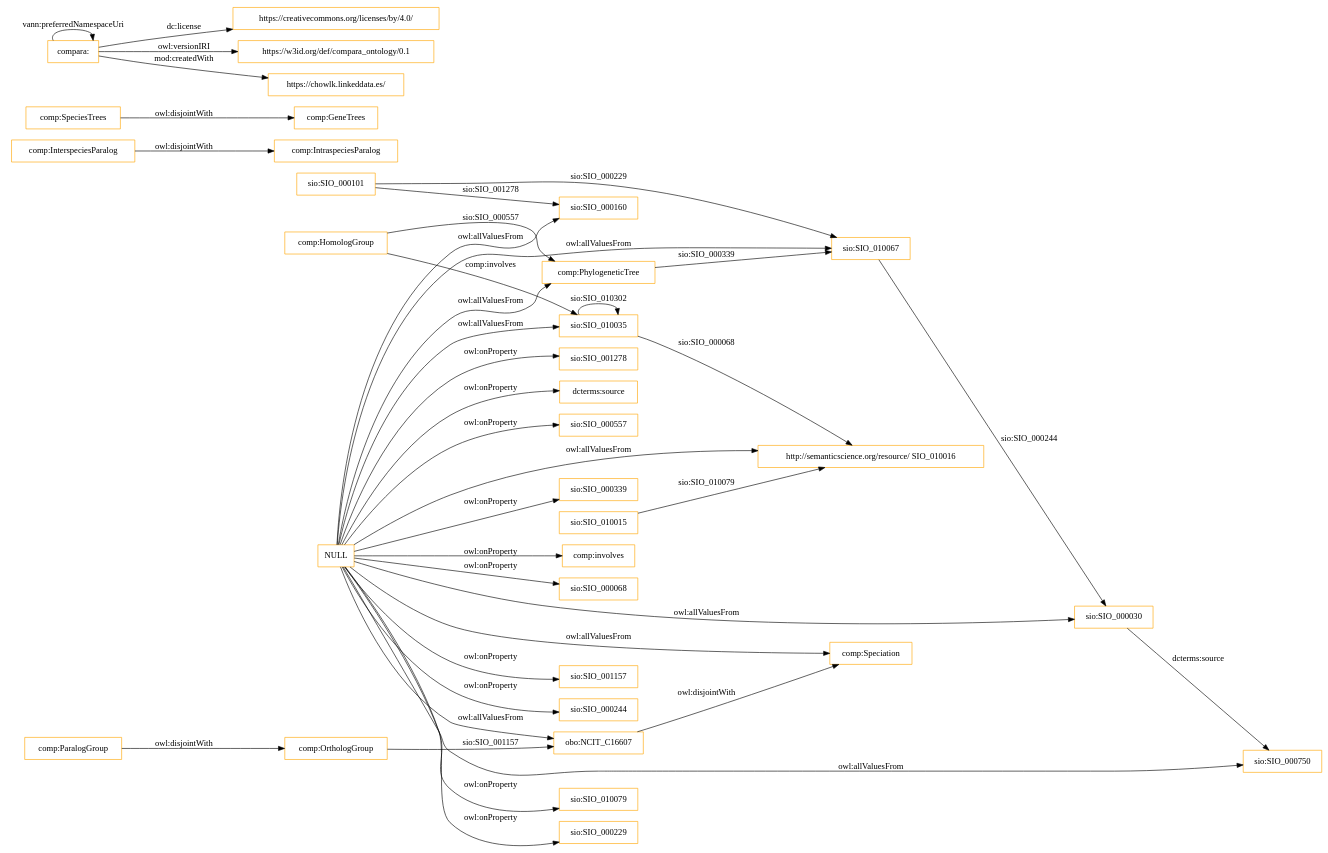
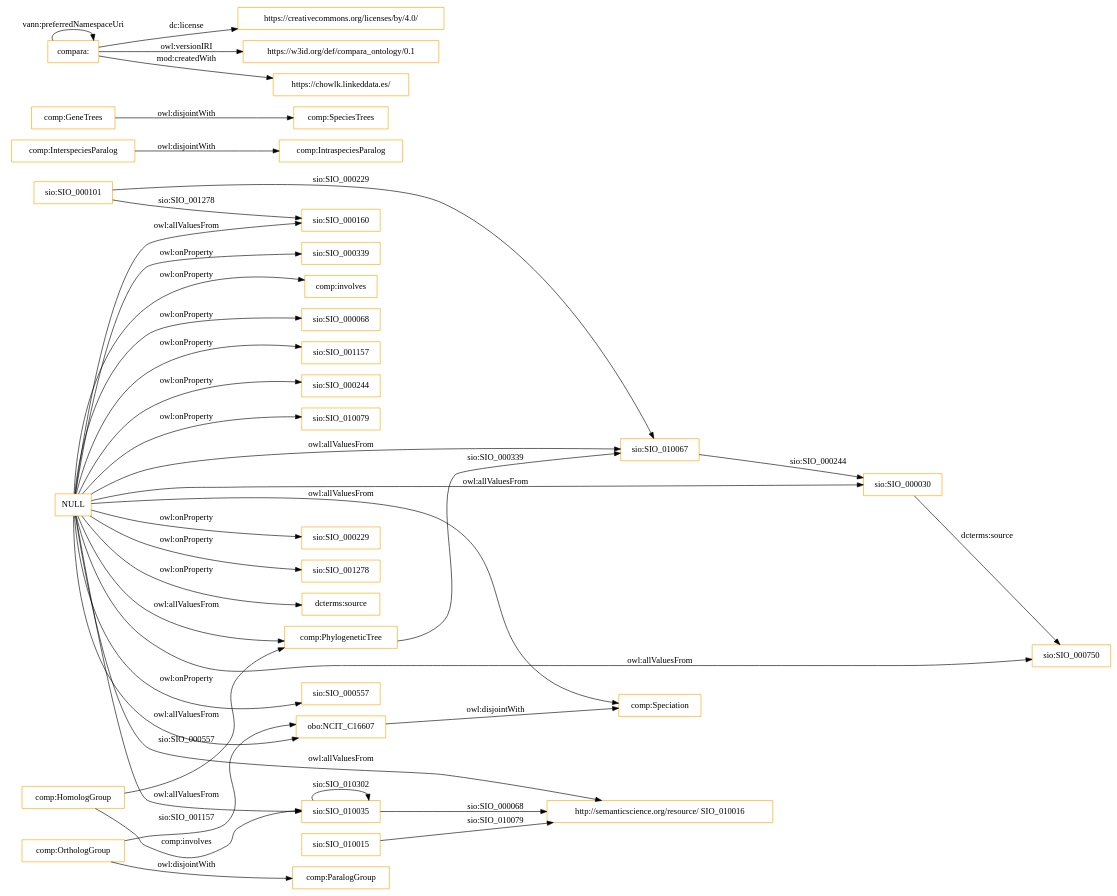
The diagram in OnToology/COMPARAontology.ttl/diagrams/ar2dtool-class/COMPARAontology.ttl.png.dot (jimenamartinreina/compara_ontology), drawn with Graphviz before and after one commit. The commit also changed 8 other files, not shown here.

```diff
--- a/OnToology/COMPARAontology.ttl/diagrams/ar2dtool-class/COMPARAontology.ttl.png.dot
+++ b/OnToology/COMPARAontology.ttl/diagrams/ar2dtool-class/COMPARAontology.ttl.png.dot
@@ -1,44 +1,44 @@
 digraph ar2dtool_diagram { 
 rankdir=LR;
 size="1501"
 node [shape = rectangle, color="orange"]; "sio:SIO_000030" "sio:SIO_010067" "comp:Speciation" "comp:IntraspeciesParalog" "comp:InterspeciesParalog" "http://semanticscience.org/resource/ SIO_010016" "sio:SIO_000160" "sio:SIO_000750" "sio:SIO_000101" "sio:SIO_010015" "comp:SpeciesTrees" "comp:GeneTrees" "obo:NCIT_C16607" "comp:ParalogGroup" "comp:OrthologGroup" "sio:SIO_010035" "comp:HomologGroup" "comp:PhylogeneticTree" ; /*classes style*/
-	"comp:ParalogGroup" -> "comp:OrthologGroup" [ label = "owl:disjointWith" ];
+	"comp:OrthologGroup" -> "comp:ParalogGroup" [ label = "owl:disjointWith" ];
 	"comp:InterspeciesParalog" -> "comp:IntraspeciesParalog" [ label = "owl:disjointWith" ];
 	"obo:NCIT_C16607" -> "comp:Speciation" [ label = "owl:disjointWith" ];
 	"compara:" -> "https://creativecommons.org/licenses/by/4.0/" [ label = "dc:license" ];
 	"compara:" -> "compara:" [ label = "vann:preferredNamespaceUri" ];
 	"compara:" -> "https://w3id.org/def/compara_ontology/0.1" [ label = "owl:versionIRI" ];
 	"compara:" -> "https://chowlk.linkeddata.es/" [ label = "mod:createdWith" ];
-	"comp:SpeciesTrees" -> "comp:GeneTrees" [ label = "owl:disjointWith" ];
+	"comp:GeneTrees" -> "comp:SpeciesTrees" [ label = "owl:disjointWith" ];
 	"NULL" -> "sio:SIO_000030" [ label = "owl:allValuesFrom" ];
 	"NULL" -> "comp:PhylogeneticTree" [ label = "owl:allValuesFrom" ];
 	"NULL" -> "sio:SIO_000750" [ label = "owl:allValuesFrom" ];
 	"NULL" -> "sio:SIO_000229" [ label = "owl:onProperty" ];
 	"NULL" -> "sio:SIO_001278" [ label = "owl:onProperty" ];
 	"NULL" -> "dcterms:source" [ label = "owl:onProperty" ];
 	"NULL" -> "http://semanticscience.org/resource/ SIO_010016" [ label = "owl:allValuesFrom" ];
 	"NULL" -> "sio:SIO_000557" [ label = "owl:onProperty" ];
 	"NULL" -> "comp:Speciation" [ label = "owl:allValuesFrom" ];
 	"NULL" -> "sio:SIO_000339" [ label = "owl:onProperty" ];
 	"NULL" -> "obo:NCIT_C16607" [ label = "owl:allValuesFrom" ];
 	"NULL" -> "sio:SIO_000160" [ label = "owl:allValuesFrom" ];
 	"NULL" -> "comp:involves" [ label = "owl:onProperty" ];
 	"NULL" -> "sio:SIO_000068" [ label = "owl:onProperty" ];
 	"NULL" -> "sio:SIO_001157" [ label = "owl:onProperty" ];
 	"NULL" -> "sio:SIO_010035" [ label = "owl:allValuesFrom" ];
 	"NULL" -> "sio:SIO_000244" [ label = "owl:onProperty" ];
 	"NULL" -> "sio:SIO_010067" [ label = "owl:allValuesFrom" ];
 	"NULL" -> "sio:SIO_010079" [ label = "owl:onProperty" ];
 	"sio:SIO_010015" -> "http://semanticscience.org/resource/ SIO_010016" [ label = "sio:SIO_010079" ];
 	"sio:SIO_010067" -> "sio:SIO_000030" [ label = "sio:SIO_000244" ];
 	"sio:SIO_010035" -> "http://semanticscience.org/resource/ SIO_010016" [ label = "sio:SIO_000068" ];
 	"sio:SIO_000030" -> "sio:SIO_000750" [ label = "dcterms:source" ];
 	"comp:HomologGroup" -> "sio:SIO_010035" [ label = "comp:involves" ];
 	"sio:SIO_000101" -> "sio:SIO_010067" [ label = "sio:SIO_000229" ];
 	"comp:OrthologGroup" -> "obo:NCIT_C16607" [ label = "sio:SIO_001157" ];
 	"comp:PhylogeneticTree" -> "sio:SIO_010067" [ label = "sio:SIO_000339" ];
 	"sio:SIO_000101" -> "sio:SIO_000160" [ label = "sio:SIO_001278" ];
 	"sio:SIO_010035" -> "sio:SIO_010035" [ label = "sio:SIO_010302" ];
 	"comp:HomologGroup" -> "comp:PhylogeneticTree" [ label = "sio:SIO_000557" ];
 
 }
```
